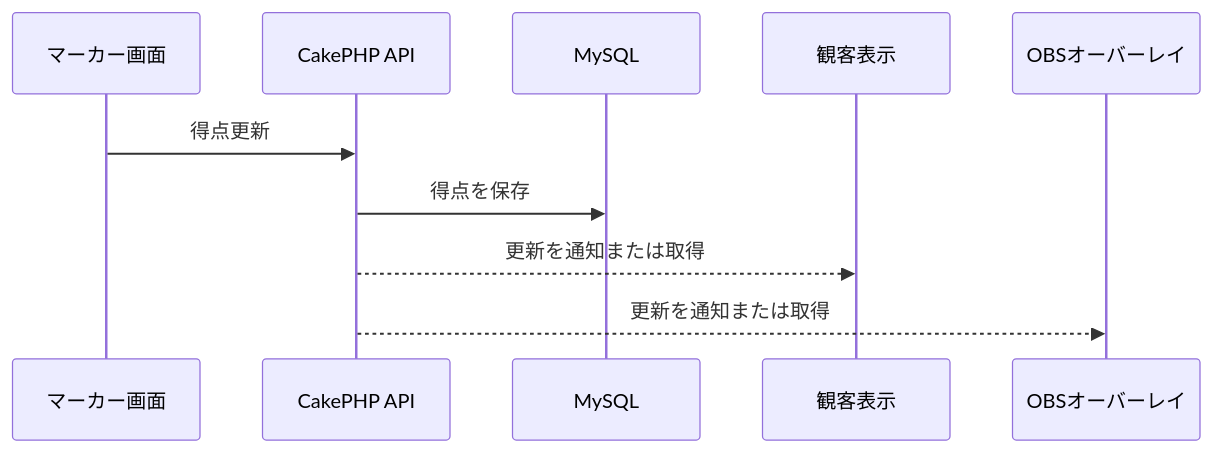
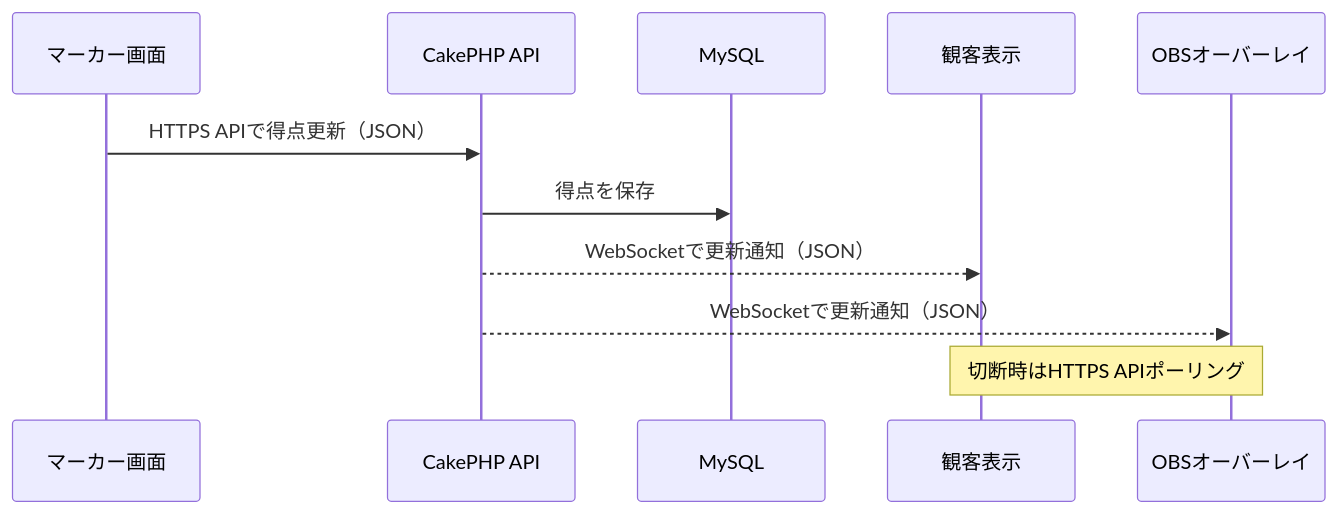
One commit to Miraisosha/S-NICK-Platform changed the second of 2 diagrams in docs/02_system-architecture.md. Above: the diagram before and after it, drawn with Mermaid. The commit also changed other lines of this file and 30 other files, not shown here.

````diff
--- a/docs/02_system-architecture.md
+++ b/docs/02_system-architecture.md
@@ -62,13 +64,14 @@
 ```mermaid
 sequenceDiagram
     participant M as マーカー画面
     participant A as CakePHP API
     participant D as MySQL
     participant V as 観客表示
     participant O as OBSオーバーレイ
 
-    M->>A: 得点更新
+    M->>A: HTTPS APIで得点更新（JSON）
     A->>D: 得点を保存
-    A-->>V: 更新を通知または取得
-    A-->>O: 更新を通知または取得
+    A-->>V: WebSocketで更新通知（JSON）
+    A-->>O: WebSocketで更新通知（JSON）
+    Note over V,O: 切断時はHTTPS APIポーリング
 ```
````
